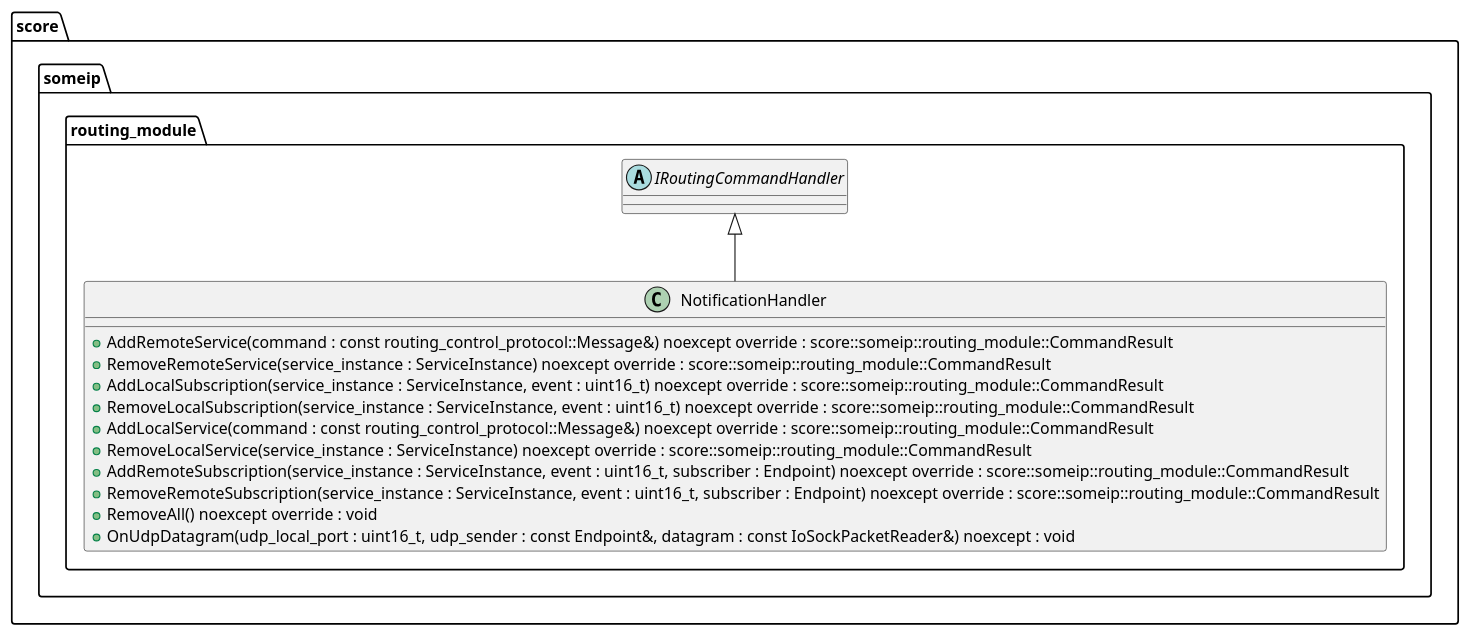
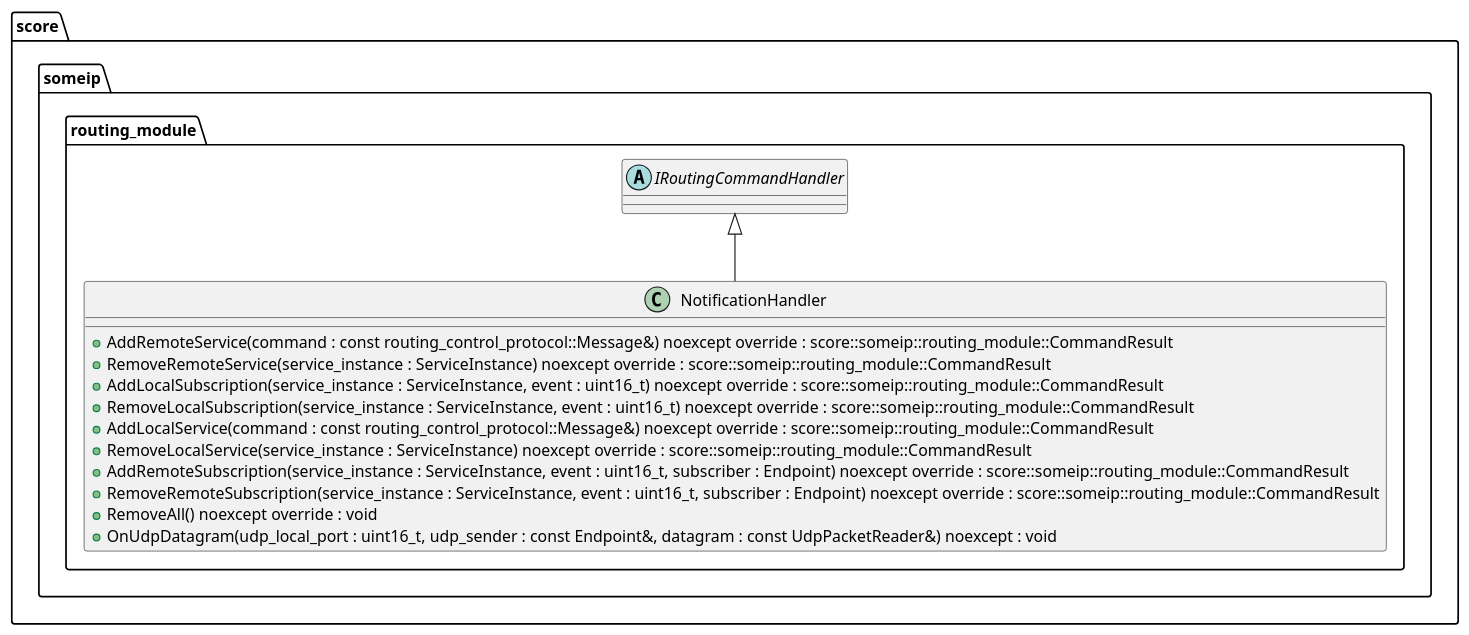
One commit to eclipse-score/communication changed the diagram in score/someip/routing_module/notification_handler/dependability/notification_handler_class.puml. Above: the diagram before and after it, drawn with PlantUML. The commit also changed 80 other files, not shown here.

```diff
--- a/score/someip/routing_module/notification_handler/dependability/notification_handler_class.puml
+++ b/score/someip/routing_module/notification_handler/dependability/notification_handler_class.puml
@@ -14,23 +14,23 @@
 @startuml notification_handler_class
 
 namespace score.someip.routing_module {
 
     abstract class IRoutingCommandHandler
 
     class NotificationHandler {
         + AddRemoteService(command : const routing_control_protocol::Message&) noexcept override : score::someip::routing_module::CommandResult
         + RemoveRemoteService(service_instance : ServiceInstance) noexcept override : score::someip::routing_module::CommandResult
         + AddLocalSubscription(service_instance : ServiceInstance, event : uint16_t) noexcept override : score::someip::routing_module::CommandResult
         + RemoveLocalSubscription(service_instance : ServiceInstance, event : uint16_t) noexcept override : score::someip::routing_module::CommandResult
         + AddLocalService(command : const routing_control_protocol::Message&) noexcept override : score::someip::routing_module::CommandResult
         + RemoveLocalService(service_instance : ServiceInstance) noexcept override : score::someip::routing_module::CommandResult
         + AddRemoteSubscription(service_instance : ServiceInstance, event : uint16_t, subscriber : Endpoint) noexcept override : score::someip::routing_module::CommandResult
         + RemoveRemoteSubscription(service_instance : ServiceInstance, event : uint16_t, subscriber : Endpoint) noexcept override : score::someip::routing_module::CommandResult
         + RemoveAll() noexcept override : void
-        + OnUdpDatagram(udp_local_port : uint16_t, udp_sender : const Endpoint&, datagram : const IoSockPacketReader&) noexcept : void
+        + OnUdpDatagram(udp_local_port : uint16_t, udp_sender : const Endpoint&, datagram : const UdpPacketReader&) noexcept : void
     }
 
     IRoutingCommandHandler <|-- NotificationHandler
 }
 
 @enduml
```
